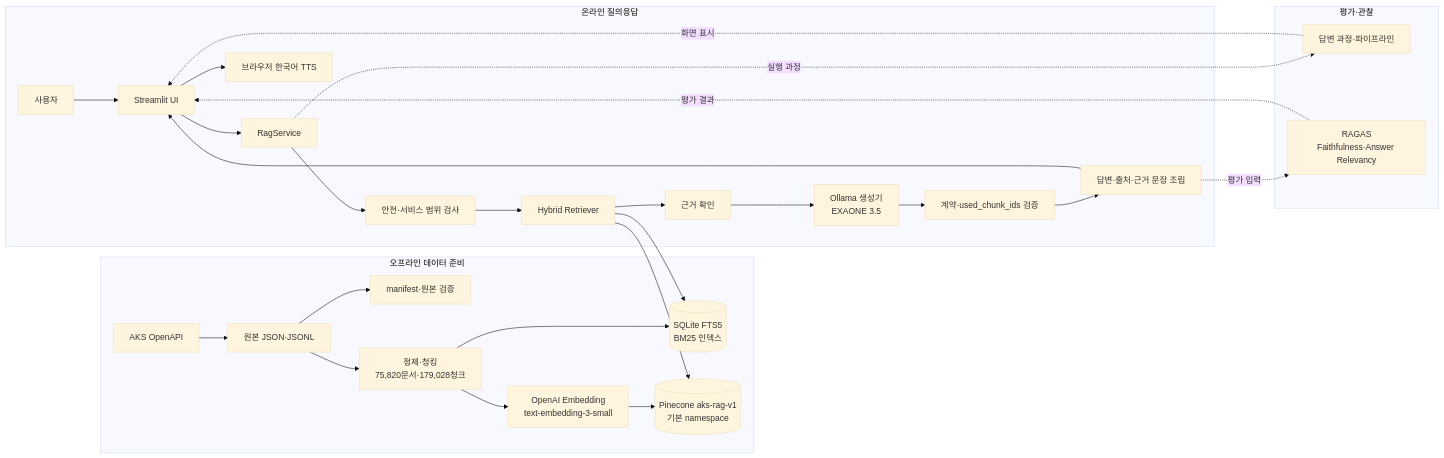
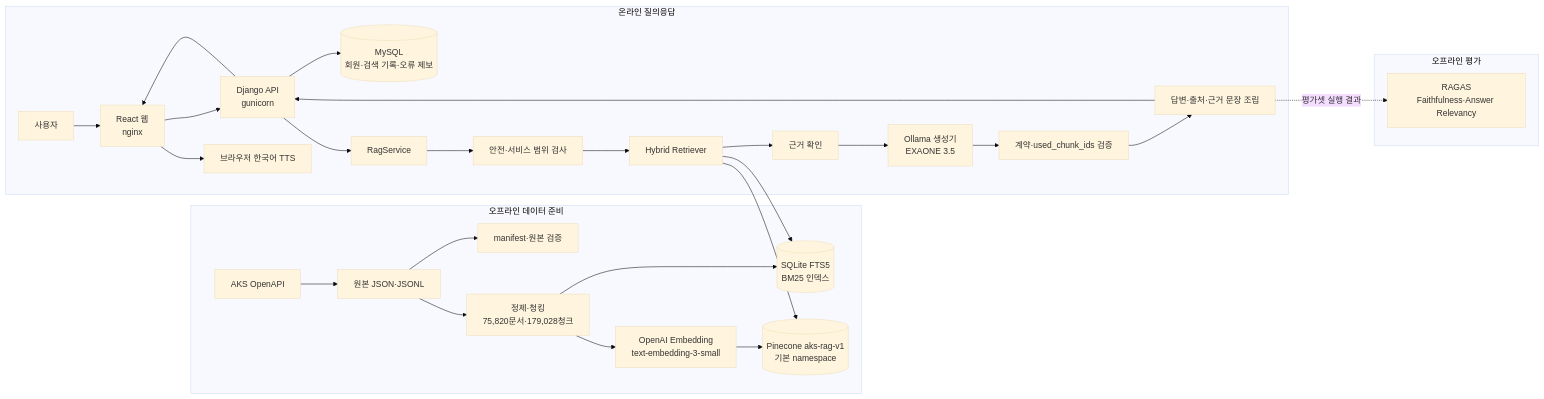
Before and after one commit to SpicyAutumn/SKN33-4th-1Team: the first of 3 diagrams in docs/03_system_architecture.md, drawn with Mermaid (base theme). The commit also changed other lines of this file, not shown here.

First line of the commit message:
docs: 시스템 아키텍처를 React·Django 웹 구성으로 현행화

````diff
--- a/docs/03_system_architecture.md
+++ b/docs/03_system_architecture.md
@@ -25,36 +25,35 @@
 ```mermaid
 flowchart LR
     subgraph Offline[오프라인 데이터 준비]
         AKS[AKS OpenAPI] --> RAW[원본 JSON·JSONL]
         RAW --> AUDIT[manifest·원본 검증]
         RAW --> CHUNK[정제·청킹<br/>75,820문서·179,028청크]
         CHUNK --> BM25[(SQLite FTS5<br/>BM25 인덱스)]
         CHUNK --> EMBED[OpenAI Embedding<br/>text-embedding-3-small]
         EMBED --> PC[(Pinecone aks-rag-v1<br/>기본 namespace)]
     end
 
     subgraph Runtime[온라인 질의응답]
-        USER[사용자] --> UI[Streamlit UI]
-        UI --> SERVICE[RagService]
+        USER[사용자] --> UI[React 웹<br/>nginx]
+        UI --> API[Django API<br/>gunicorn]
+        API --> DB[(MySQL<br/>회원·검색 기록·오류 제보)]
+        API --> SERVICE[RagService]
         SERVICE --> GUARD[안전·서비스 범위 검사]
         GUARD --> RETRIEVER[Hybrid Retriever]
         RETRIEVER --> PC
         RETRIEVER --> BM25
         RETRIEVER --> GROUND[근거 확인]
         GROUND --> GEN[Ollama 생성기<br/>EXAONE 3.5]
         GEN --> VALIDATE[계약·used_chunk_ids 검증]
         VALIDATE --> CITE[답변·출처·근거 문장 조립]
-        CITE --> UI
+        CITE --> API
+        API --> UI
         UI --> TTS[브라우저 한국어 TTS]
     end
 
-    subgraph Evaluation[평가·관찰]
-        TRACE[답변 과정·파이프라인]
+    subgraph Evaluation[오프라인 평가]
         RAGAS[RAGAS<br/>Faithfulness·Answer Relevancy]
     end
 
-    SERVICE -. 실행 과정 .-> TRACE
-    CITE -. 평가 입력 .-> RAGAS
-    TRACE -. 화면 표시 .-> UI
-    RAGAS -. 평가 결과 .-> UI
+    CITE -. 평가셋 실행 결과 .-> RAGAS
 ```
````
